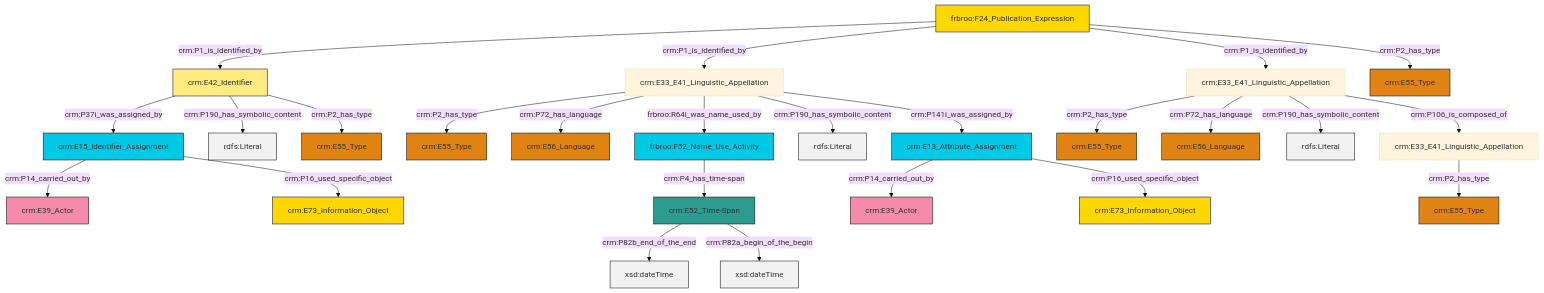
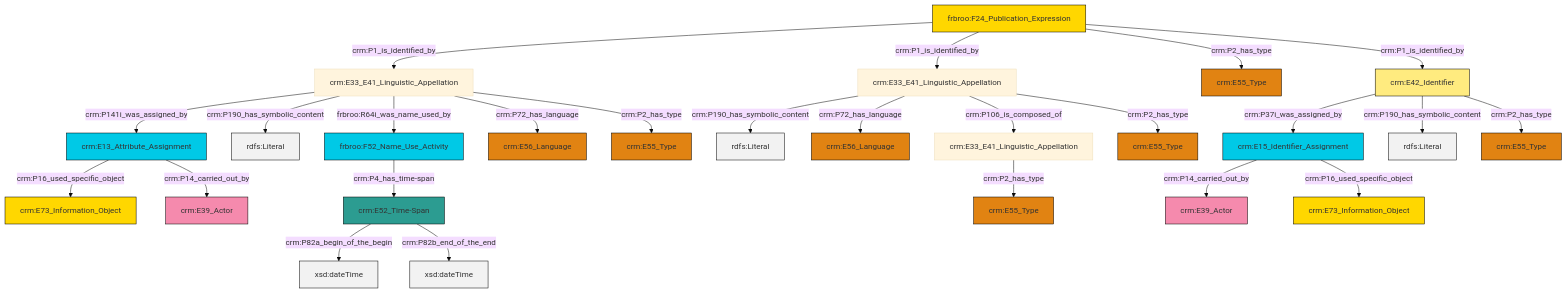
The diagram in et/biblioCSV/ttl/mmd/biblio_name.ttl.mmd (swiss-art-research-net/reference-data-models), drawn with Mermaid (base theme) before and after one commit. The commit also changed 126 other files, not shown here.

```diff
--- a/et/biblioCSV/ttl/mmd/biblio_name.ttl.mmd
+++ b/et/biblioCSV/ttl/mmd/biblio_name.ttl.mmd
@@ -1,39 +1,39 @@
 graph TD
 classDef Literal fill:#f2f2f2,stroke:#000000;
 classDef CRM_Entity fill:#FFFFFF,stroke:#000000;
 classDef Temporal_Entity fill:#00C9E6, stroke:#000000;
 classDef Type fill:#E18312, stroke:#000000;
 classDef Time-Span fill:#2C9C91, stroke:#000000;
 classDef Appellation fill:#FFEB7F, stroke:#000000;
 classDef Place fill:#008836, stroke:#000000;
 classDef Persistent_Item fill:#B266B2, stroke:#000000;
 classDef Conceptual_Object fill:#FFD700, stroke:#000000;
 classDef Physical_Thing fill:#D2B48C, stroke:#000000;
 classDef Actor fill:#f58aad, stroke:#000000;
 classDef PC_Classes fill:#4ce600, stroke:#000000;
 classDef Multi fill:#cccccc,stroke:#000000;
 
-0["frbroo:F24_Publication_Expression"]:::Conceptual_Object -->|crm:P1_is_identified_by| 1["crm:E42_Identifier"]:::Appellation
-2["frbroo:F52_Name_Use_Activity"]:::Temporal_Entity -->|crm:P4_has_time-span| 3["crm:E52_Time-Span"]:::Time-Span
-3["crm:E52_Time-Span"]:::Time-Span -->|crm:P82b_end_of_the_end| 6[xsd:dateTime]:::Literal
-9["crm:E15_Identifier_Assignment"]:::Temporal_Entity -->|crm:P14_carried_out_by| 10["crm:E39_Actor"]:::Actor
-11["crm:E33_E41_Linguistic_Appellation"]:::Default -->|crm:P2_has_type| 12["crm:E55_Type"]:::Type
-15["crm:E33_E41_Linguistic_Appellation"]:::Default -->|crm:P2_has_type| 16["crm:E55_Type"]:::Type
-0["frbroo:F24_Publication_Expression"]:::Conceptual_Object -->|crm:P1_is_identified_by| 11["crm:E33_E41_Linguistic_Appellation"]:::Default
-11["crm:E33_E41_Linguistic_Appellation"]:::Default -->|crm:P72_has_language| 7["crm:E56_Language"]:::Type
-15["crm:E33_E41_Linguistic_Appellation"]:::Default -->|crm:P72_has_language| 21["crm:E56_Language"]:::Type
-15["crm:E33_E41_Linguistic_Appellation"]:::Default -->|crm:P190_has_symbolic_content| 24[rdfs:Literal]:::Literal
-1["crm:E42_Identifier"]:::Appellation -->|crm:P37i_was_assigned_by| 9["crm:E15_Identifier_Assignment"]:::Temporal_Entity
-11["crm:E33_E41_Linguistic_Appellation"]:::Default -->|frbroo:R64i_was_name_used_by| 2["frbroo:F52_Name_Use_Activity"]:::Temporal_Entity
-1["crm:E42_Identifier"]:::Appellation -->|crm:P190_has_symbolic_content| 33[rdfs:Literal]:::Literal
-11["crm:E33_E41_Linguistic_Appellation"]:::Default -->|crm:P190_has_symbolic_content| 34[rdfs:Literal]:::Literal
-4["crm:E13_Attribute_Assignment"]:::Temporal_Entity -->|crm:P14_carried_out_by| 31["crm:E39_Actor"]:::Actor
-0["frbroo:F24_Publication_Expression"]:::Conceptual_Object -->|crm:P1_is_identified_by| 15["crm:E33_E41_Linguistic_Appellation"]:::Default
-4["crm:E13_Attribute_Assignment"]:::Temporal_Entity -->|crm:P16_used_specific_object| 13["crm:E73_Information_Object"]:::Conceptual_Object
-9["crm:E15_Identifier_Assignment"]:::Temporal_Entity -->|crm:P16_used_specific_object| 40["crm:E73_Information_Object"]:::Conceptual_Object
-1["crm:E42_Identifier"]:::Appellation -->|crm:P2_has_type| 28["crm:E55_Type"]:::Type
-0["frbroo:F24_Publication_Expression"]:::Conceptual_Object -->|crm:P2_has_type| 25["crm:E55_Type"]:::Type
-15["crm:E33_E41_Linguistic_Appellation"]:::Default -->|crm:P106_is_composed_of| 17["crm:E33_E41_Linguistic_Appellation"]:::Default
-11["crm:E33_E41_Linguistic_Appellation"]:::Default -->|crm:P141i_was_assigned_by| 4["crm:E13_Attribute_Assignment"]:::Temporal_Entity
-3["crm:E52_Time-Span"]:::Time-Span -->|crm:P82a_begin_of_the_begin| 46[xsd:dateTime]:::Literal
-17["crm:E33_E41_Linguistic_Appellation"]:::Default -->|crm:P2_has_type| 19["crm:E55_Type"]:::Type
+4["frbroo:F24_Publication_Expression"]:::Conceptual_Object -->|crm:P1_is_identified_by| 5["crm:E33_E41_Linguistic_Appellation"]:::Default
+5["crm:E33_E41_Linguistic_Appellation"]:::Default -->|crm:P141i_was_assigned_by| 10["crm:E13_Attribute_Assignment"]:::Temporal_Entity
+11["crm:E33_E41_Linguistic_Appellation"]:::Default -->|crm:P190_has_symbolic_content| 12[rdfs:Literal]:::Literal
+11["crm:E33_E41_Linguistic_Appellation"]:::Default -->|crm:P72_has_language| 15["crm:E56_Language"]:::Type
+17["crm:E52_Time-Span"]:::Time-Span -->|crm:P82a_begin_of_the_begin| 18[xsd:dateTime]:::Literal
+8["crm:E42_Identifier"]:::Appellation -->|crm:P37i_was_assigned_by| 0["crm:E15_Identifier_Assignment"]:::Temporal_Entity
+11["crm:E33_E41_Linguistic_Appellation"]:::Default -->|crm:P106_is_composed_of| 2["crm:E33_E41_Linguistic_Appellation"]:::Default
+2["crm:E33_E41_Linguistic_Appellation"]:::Default -->|crm:P2_has_type| 23["crm:E55_Type"]:::Type
+5["crm:E33_E41_Linguistic_Appellation"]:::Default -->|crm:P190_has_symbolic_content| 24[rdfs:Literal]:::Literal
+5["crm:E33_E41_Linguistic_Appellation"]:::Default -->|frbroo:R64i_was_name_used_by| 26["frbroo:F52_Name_Use_Activity"]:::Temporal_Entity
+0["crm:E15_Identifier_Assignment"]:::Temporal_Entity -->|crm:P14_carried_out_by| 13["crm:E39_Actor"]:::Actor
+8["crm:E42_Identifier"]:::Appellation -->|crm:P190_has_symbolic_content| 27[rdfs:Literal]:::Literal
+4["frbroo:F24_Publication_Expression"]:::Conceptual_Object -->|crm:P1_is_identified_by| 11["crm:E33_E41_Linguistic_Appellation"]:::Default
+8["crm:E42_Identifier"]:::Appellation -->|crm:P2_has_type| 19["crm:E55_Type"]:::Type
+10["crm:E13_Attribute_Assignment"]:::Temporal_Entity -->|crm:P16_used_specific_object| 21["crm:E73_Information_Object"]:::Conceptual_Object
+26["frbroo:F52_Name_Use_Activity"]:::Temporal_Entity -->|crm:P4_has_time-span| 17["crm:E52_Time-Span"]:::Time-Span
+10["crm:E13_Attribute_Assignment"]:::Temporal_Entity -->|crm:P14_carried_out_by| 30["crm:E39_Actor"]:::Actor
+4["frbroo:F24_Publication_Expression"]:::Conceptual_Object -->|crm:P2_has_type| 39["crm:E55_Type"]:::Type
+4["frbroo:F24_Publication_Expression"]:::Conceptual_Object -->|crm:P1_is_identified_by| 8["crm:E42_Identifier"]:::Appellation
+5["crm:E33_E41_Linguistic_Appellation"]:::Default -->|crm:P72_has_language| 6["crm:E56_Language"]:::Type
+11["crm:E33_E41_Linguistic_Appellation"]:::Default -->|crm:P2_has_type| 32["crm:E55_Type"]:::Type
+17["crm:E52_Time-Span"]:::Time-Span -->|crm:P82b_end_of_the_end| 41[xsd:dateTime]:::Literal
+0["crm:E15_Identifier_Assignment"]:::Temporal_Entity -->|crm:P16_used_specific_object| 42["crm:E73_Information_Object"]:::Conceptual_Object
+5["crm:E33_E41_Linguistic_Appellation"]:::Default -->|crm:P2_has_type| 36["crm:E55_Type"]:::Type
```
